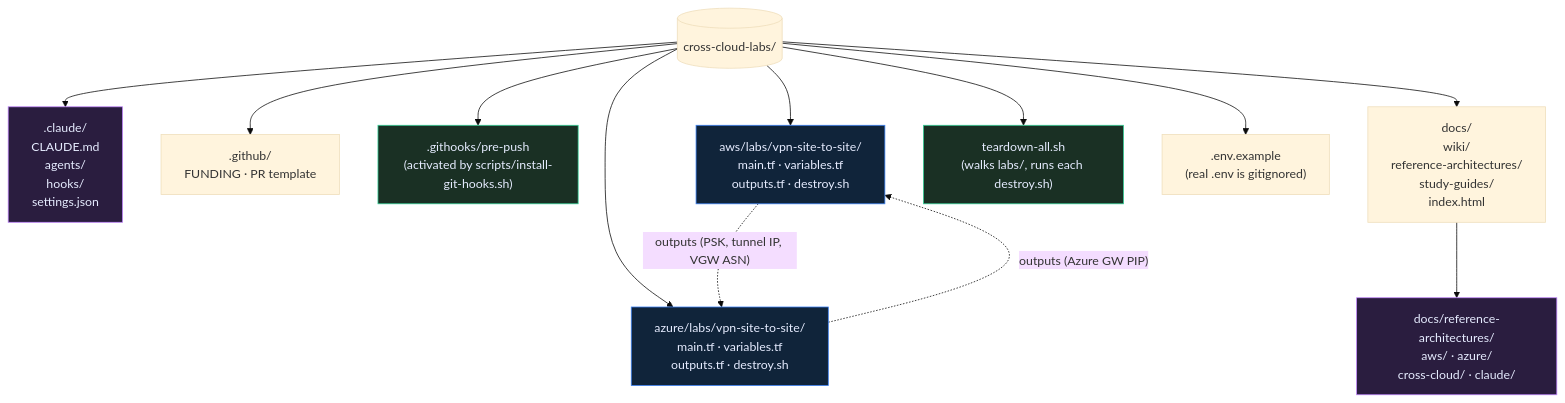
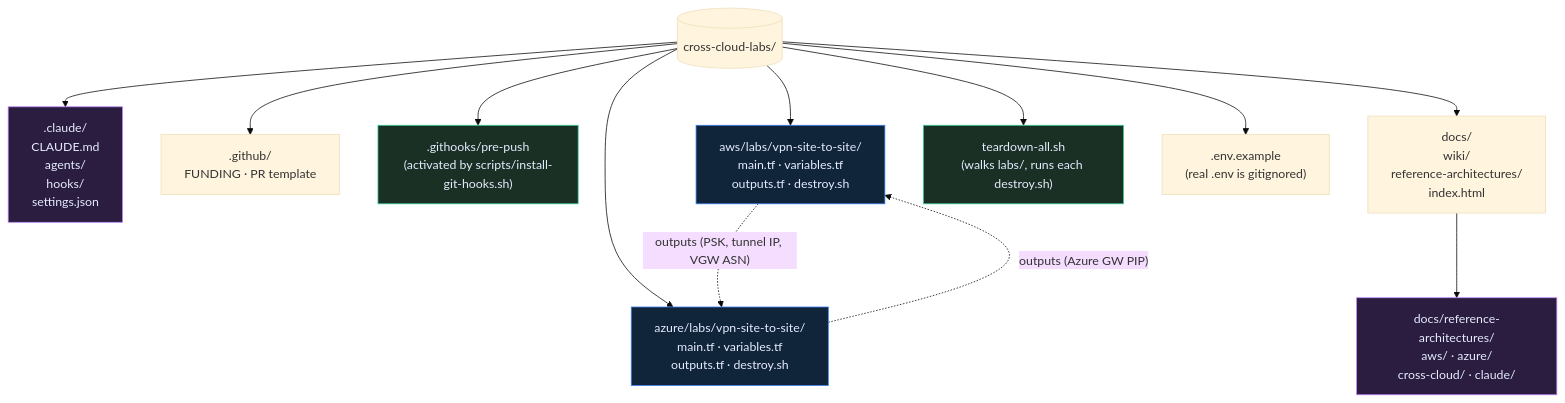
Before and after one commit to zanebarker-ops/cross-cloud-labs: the second of 8 diagrams in README.md, drawn with Mermaid (base theme). The commit also changed other lines of this file and 12 other files, not shown here.

First line of the commit message:
chore: remove docs/study-guides/

````diff
--- a/README.md
+++ b/README.md
@@ -211,33 +210,33 @@
 ```mermaid
 flowchart TB
   ROOT[("cross-cloud-labs/")]
   CLAUDE[".claude/<br/>CLAUDE.md<br/>agents/<br/>hooks/<br/>settings.json"]
   GH[".github/<br/>FUNDING · PR template"]
   HOOKS[".githooks/pre-push<br/>(activated by scripts/install-git-hooks.sh)"]
   AWS_TF["aws/labs/vpn-site-to-site/<br/>main.tf · variables.tf<br/>outputs.tf · destroy.sh"]
   AZ_TF["azure/labs/vpn-site-to-site/<br/>main.tf · variables.tf<br/>outputs.tf · destroy.sh"]
-  DOCS["docs/<br/>wiki/<br/>reference-architectures/<br/>study-guides/<br/>index.html"]
+  DOCS["docs/<br/>wiki/<br/>reference-architectures/<br/>index.html"]
   REFARCH["docs/reference-architectures/<br/>aws/ · azure/<br/>cross-cloud/ · claude/"]
   TEAR["teardown-all.sh<br/>(walks labs/, runs each destroy.sh)"]
   ENV[".env.example<br/>(real .env is gitignored)"]
 
   ROOT --> CLAUDE
   ROOT --> GH
   ROOT --> HOOKS
   ROOT --> AWS_TF
   ROOT --> AZ_TF
   ROOT --> DOCS
   ROOT --> TEAR
   ROOT --> ENV
   DOCS --> REFARCH
 
   AWS_TF -. "outputs (PSK, tunnel IP, VGW ASN)" .-> AZ_TF
   AZ_TF -. "outputs (Azure GW PIP)" .-> AWS_TF
 
   classDef code fill:#10243a,stroke:#3b82f6,color:#e6ecff;
   classDef cl fill:#2a1d3f,stroke:#c084fc,color:#e6ecff;
   classDef ops fill:#1a3024,stroke:#34d399,color:#e6ecff;
   class AWS_TF,AZ_TF code;
   class CLAUDE,REFARCH cl;
   class HOOKS,TEAR ops;
 ```
````
